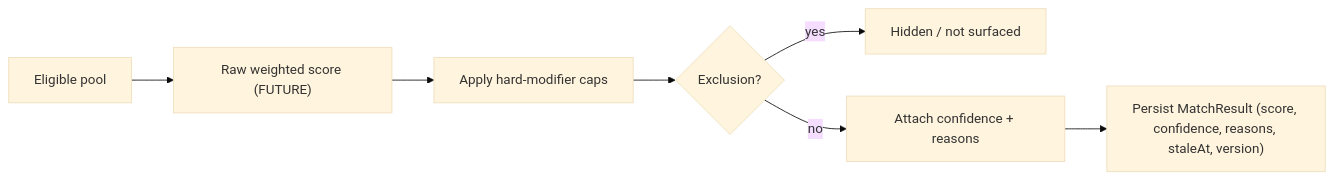
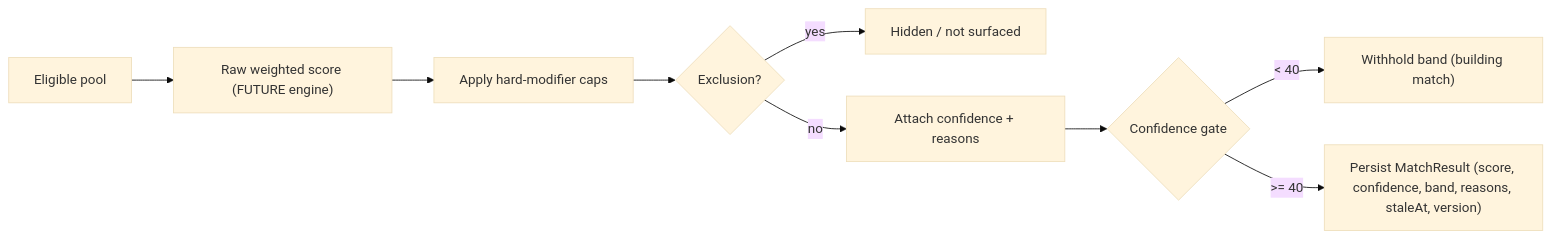
One commit to AutomatedEmpires/explore-and-earn changed the diagram in docs/matching/match-score-model-v1.md. Above: the diagram before and after it, drawn with Mermaid (base theme). The commit also changed other lines of this file and 12 other files, not shown here.

````diff
--- a/docs/matching/match-score-model-v1.md
+++ b/docs/matching/match-score-model-v1.md
@@ -59,9 +77,11 @@
 ```mermaid
 flowchart LR
-	P["Eligible pool"] --> R["Raw weighted score (FUTURE)"]
+	P["Eligible pool"] --> R["Raw weighted score (FUTURE engine)"]
 	R --> M["Apply hard-modifier caps"]
 	M --> X{"Exclusion?"}
 	X -->|yes| H["Hidden / not surfaced"]
 	X -->|no| C["Attach confidence + reasons"]
-	C --> S["Persist MatchResult (score, confidence, reasons, staleAt, version)"]
+	C --> G{"Confidence gate"}
+	G -->|< 40| W["Withhold band (building match)"]
+	G -->|>= 40| S["Persist MatchResult (score, confidence, band, reasons, staleAt, version)"]
 ```
````
